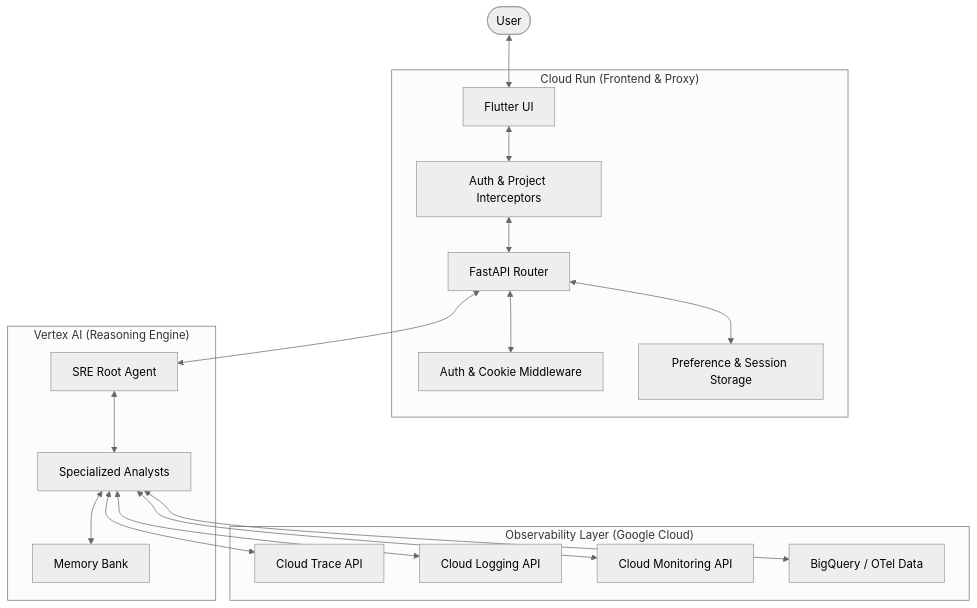
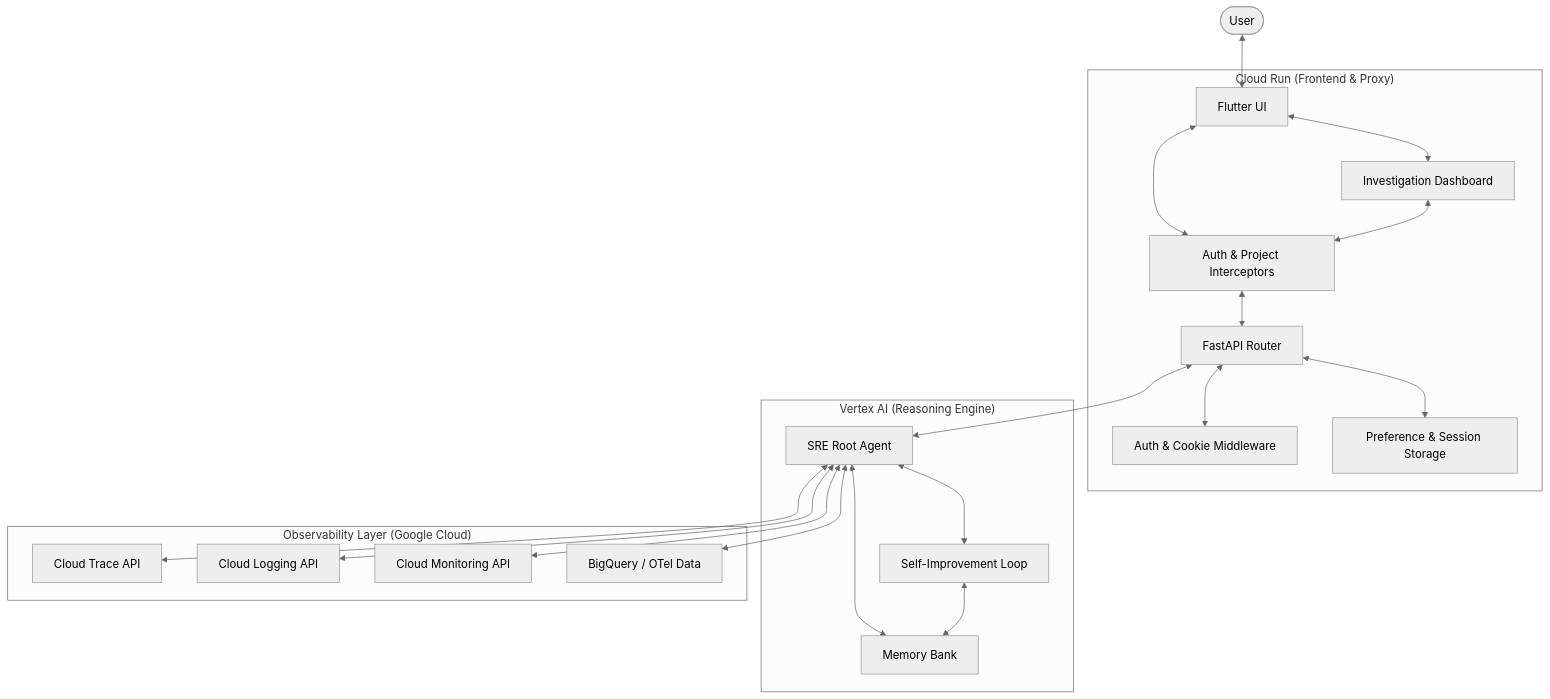
Before and after one commit to srtux/sre-agent: the diagram in docs/architecture/system_overview.md, drawn with Mermaid (neutral theme).

Commit message:
docs: update system architecture diagram

````diff
--- a/docs/architecture/system_overview.md
+++ b/docs/architecture/system_overview.md
@@ -17,40 +17,44 @@
 ```mermaid
 graph TD
     User([User])
 
     subgraph "Cloud Run (Frontend & Proxy)"
         UI[Flutter UI]
+        Dashboard[Investigation Dashboard]
         Interceptors[Auth & Project Interceptors]
         Proxy[FastAPI Router]
         AuthSvc[Auth & Cookie Middleware]
         StoreSvc[Preference & Session Storage]
     end
 
     subgraph "Vertex AI (Reasoning Engine)"
         RootAgent[SRE Root Agent]
-        SubAgents[Specialized Analysts]
+        SelfImprovement[Self-Improvement Loop]
         MemoryBank[Memory Bank]
     end
 
     subgraph "Observability Layer (Google Cloud)"
         CloudTrace[Cloud Trace API]
         CloudLogging[Cloud Logging API]
         CloudMonitoring[Cloud Monitoring API]
         BigQuery[BigQuery / OTel Data]
     end
 
     User <--> UI
+    UI <--> Dashboard
     UI <--> Interceptors
+    Dashboard <--> Interceptors
     Interceptors <--> Proxy
     Proxy <--> AuthSvc
     Proxy <--> StoreSvc
 
     Proxy <--> RootAgent
-    RootAgent <--> SubAgents
-    SubAgents <--> MemoryBank
+    RootAgent <--> SelfImprovement
+    RootAgent <--> MemoryBank
+    SelfImprovement <--> MemoryBank
 
-    SubAgents <--> CloudTrace
-    SubAgents <--> CloudLogging
-    SubAgents <--> CloudMonitoring
-    SubAgents <--> BigQuery
+    RootAgent <--> CloudTrace
+    RootAgent <--> CloudLogging
+    RootAgent <--> CloudMonitoring
+    RootAgent <--> BigQuery
 ```
````
